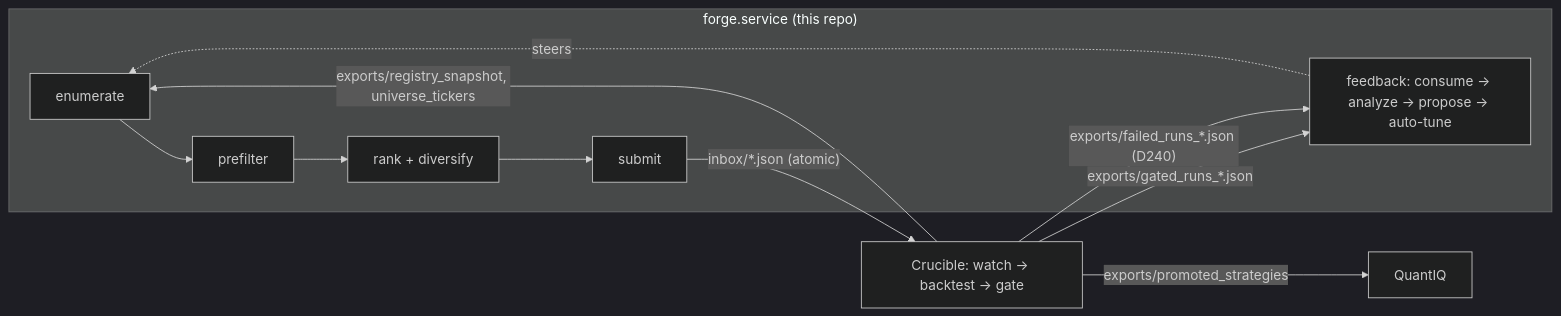
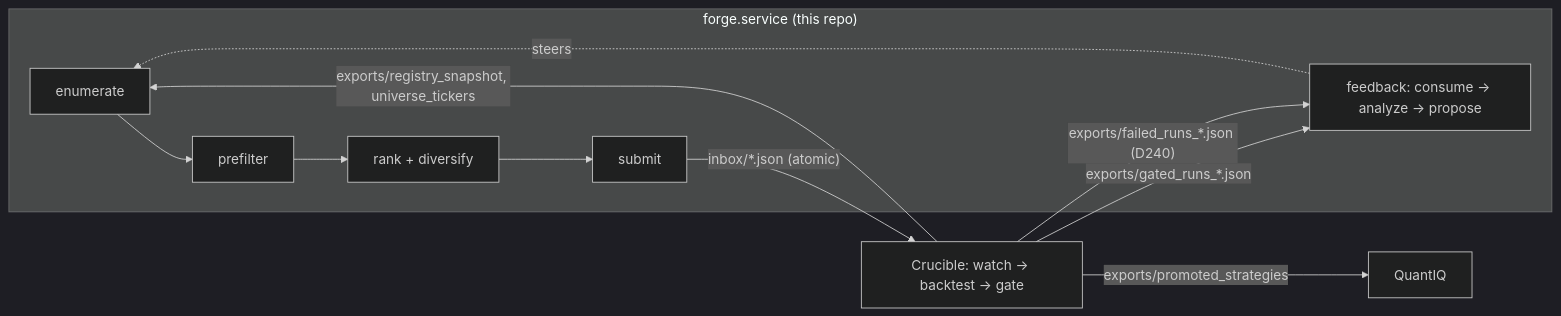
One commit to deloneyarthur/Forge changed the diagram in docs/architecture.md. Above: the diagram before and after it, drawn with Mermaid (dark theme). The commit also changed other lines of this file and 208 other files, not shown here.

````diff
--- a/docs/architecture.md
+++ b/docs/architecture.md
@@ -12,12 +12,12 @@
 ```mermaid
 flowchart LR
     subgraph Forge["forge.service (this repo)"]
         E[enumerate] --> P[prefilter] --> R[rank + diversify] --> S[submit]
-        F["feedback: consume → analyze → propose → auto-tune"] -. steers .-> E
+        F["feedback: consume → analyze → propose"] -. steers .-> E
     end
     S -- "inbox/*.json (atomic)" --> C["Crucible: watch → backtest → gate"]
     C -- "exports/gated_runs_*.json" --> F
     C -- "exports/failed_runs_*.json (D240)" --> F
     C -- "exports/registry_snapshot, universe_tickers" --> E
     C -- "exports/promoted_strategies" --> Q[QuantIQ]
 ```
````
